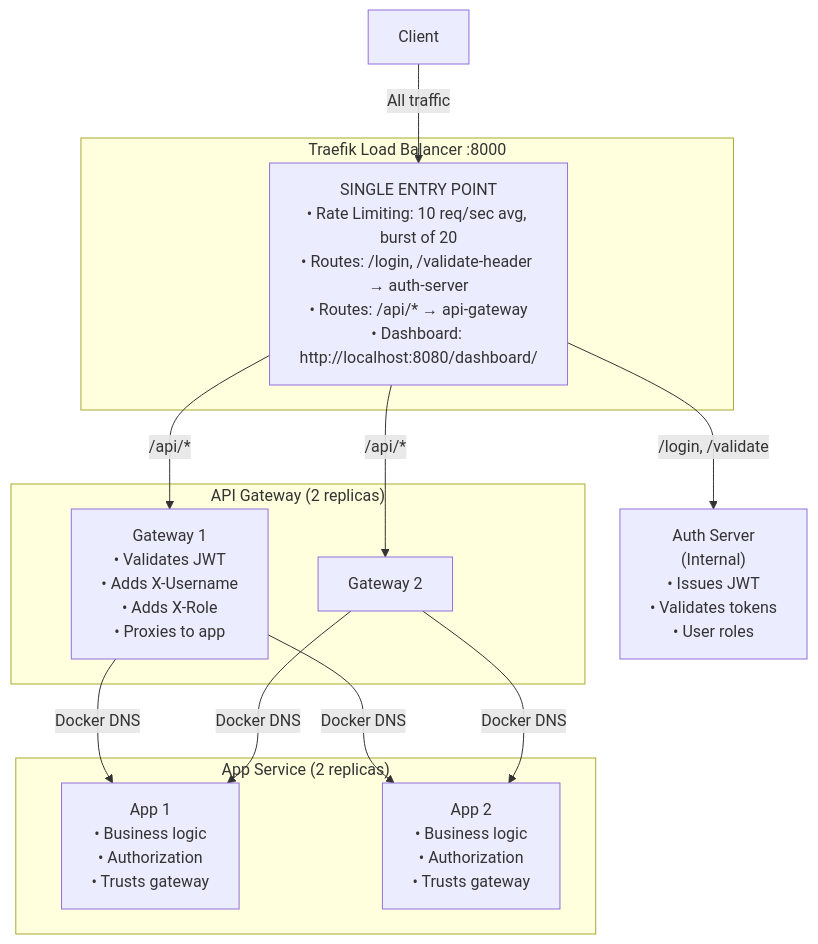
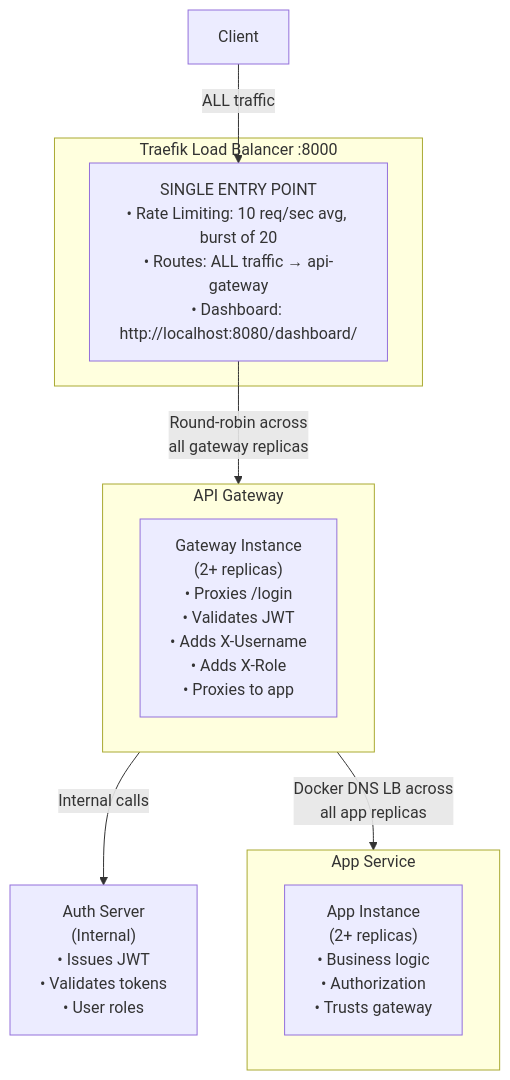
The diagram in auth/README.md (ricleal/GoLang), drawn with Mermaid before and after one commit. The commit also changed other lines of this file and 8 other files, not shown here.

````diff
--- a/auth/README.md
+++ b/auth/README.md
@@ -7,29 +7,23 @@
 ```mermaid
 graph TB
     Client[Client]
     
     subgraph Traefik["Traefik Load Balancer :8000"]
-        TLB["SINGLE ENTRY POINT<br/>• Rate Limiting: 10 req/sec avg, burst of 20<br/>• Routes: /login, /validate-header → auth-server<br/>• Routes: /api/* → api-gateway<br/>• Dashboard: http://localhost:8080/dashboard/"]
+        TLB["SINGLE ENTRY POINT<br/>• Rate Limiting: 10 req/sec avg, burst of 20<br/>• Routes: ALL traffic → api-gateway<br/>• Dashboard: http://localhost:8080/dashboard/"]
     end
     
     AuthServer["Auth Server<br/>(Internal)<br/>• Issues JWT<br/>• Validates tokens<br/>• User roles"]
     
-    subgraph Gateway["API Gateway (2 replicas)"]
-        GW1["Gateway 1<br/>• Validates JWT<br/>• Adds X-Username<br/>• Adds X-Role<br/>• Proxies to app"]
-        GW2["Gateway 2"]
+    subgraph Gateway["API Gateway"]
+        GW["Gateway Instance<br/>(2+ replicas)<br/>• Proxies /login<br/>• Validates JWT<br/>• Adds X-Username<br/>• Adds X-Role<br/>• Proxies to app"]
     end
     
-    subgraph Apps["App Service (2 replicas)"]
-        App1["App 1<br/>• Business logic<br/>• Authorization<br/>• Trusts gateway"]
-        App2["App 2<br/>• Business logic<br/>• Authorization<br/>• Trusts gateway"]
+    subgraph Apps["App Service"]
+        App["App Instance<br/>(2+ replicas)<br/>• Business logic<br/>• Authorization<br/>• Trusts gateway"]
     end
     
-    Client -->|All traffic| TLB
-    TLB -->|/login, /validate| AuthServer
-    TLB -->|/api/*| GW1
-    TLB -->|/api/*| GW2
-    GW1 -->|Docker DNS| App1
-    GW1 -->|Docker DNS| App2
-    GW2 -->|Docker DNS| App1
-    GW2 -->|Docker DNS| App2
+    Client -->|ALL traffic| TLB
+    TLB -->|Round-robin across<br/>all gateway replicas| Gateway
+    Gateway -->|Internal calls| AuthServer
+    Gateway -->|Docker DNS LB across<br/>all app replicas| Apps
 ```
````
